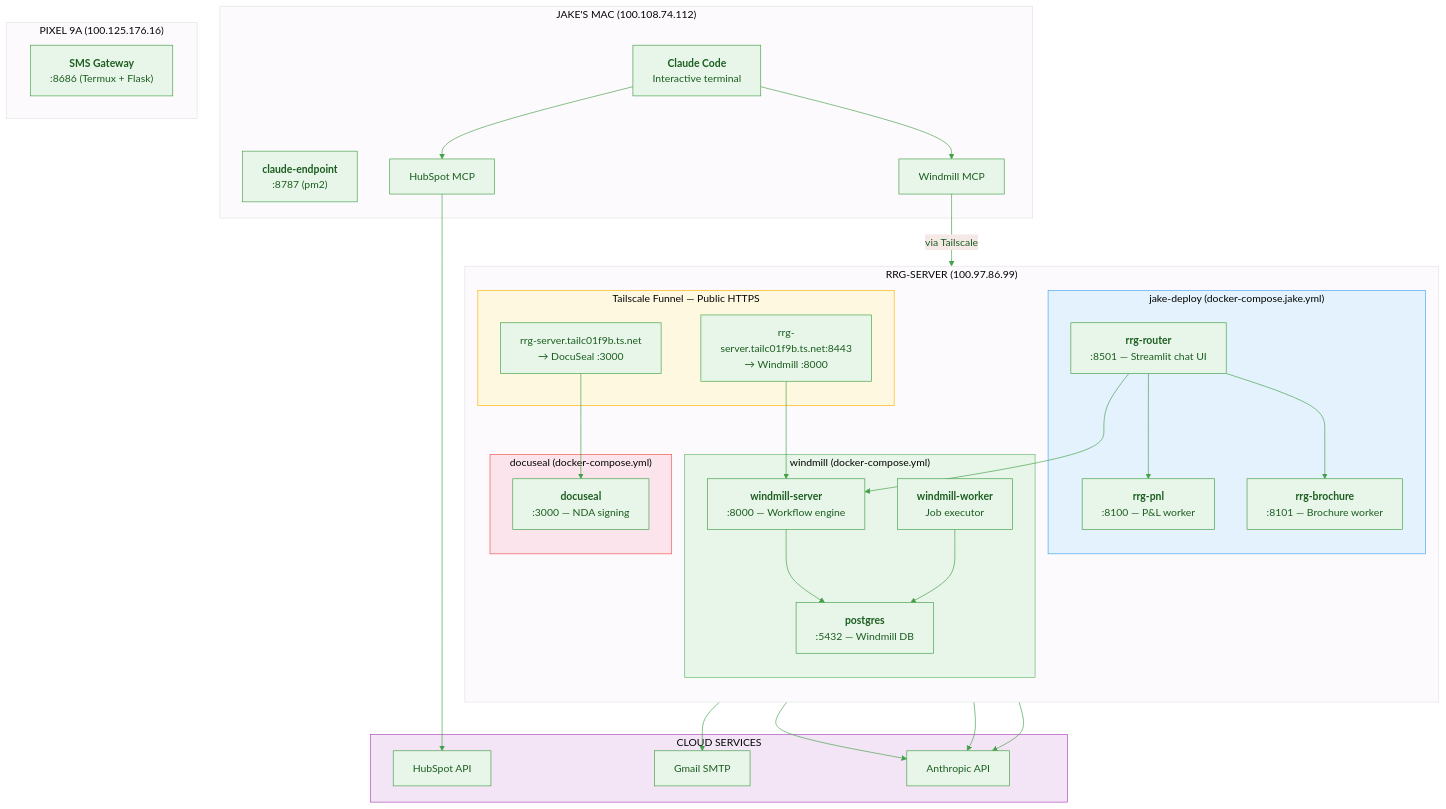
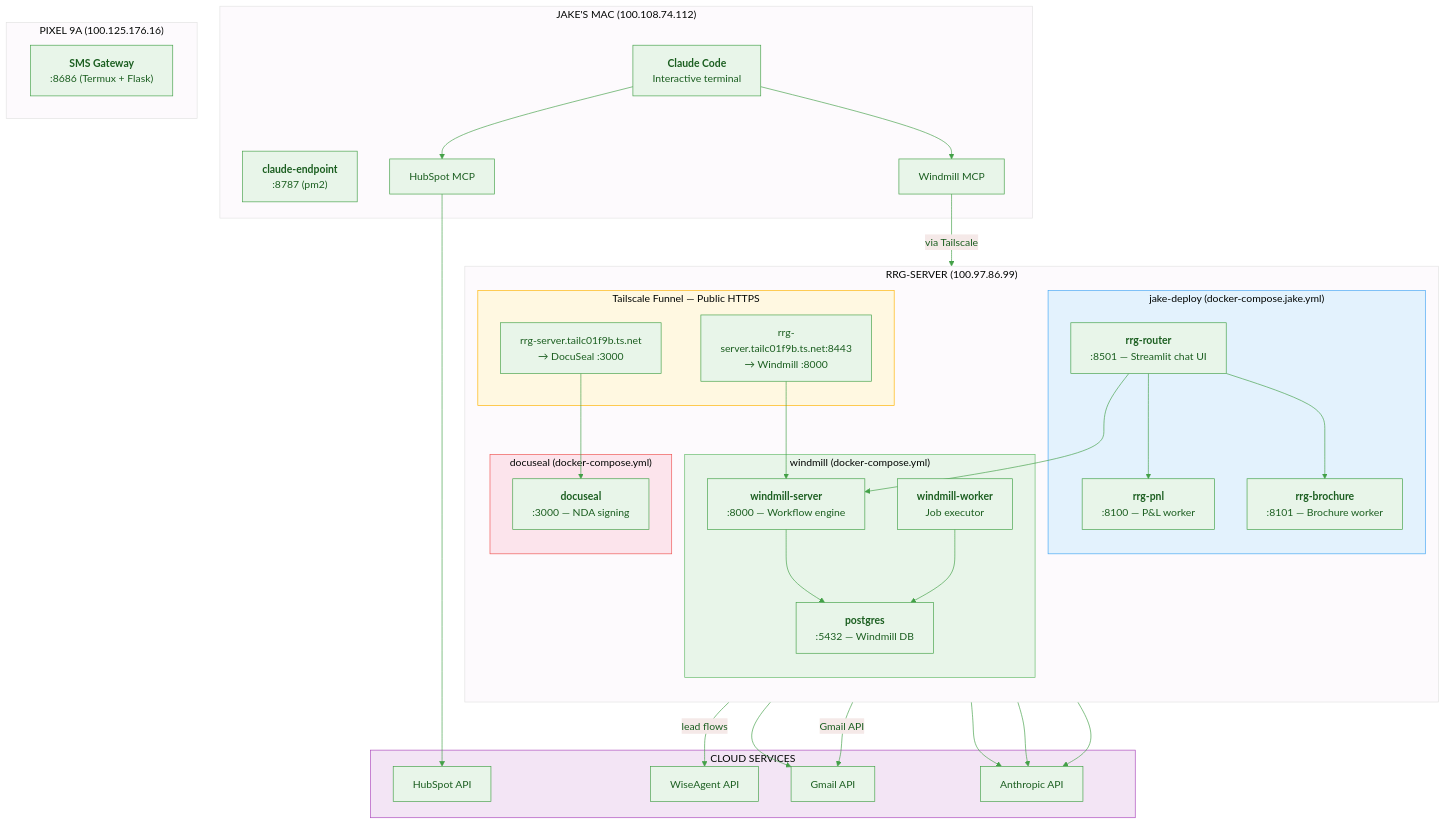
The second of 5 diagrams in docs/ARCHITECTURE.md (BeastofOne/rrg-server), drawn with Mermaid before and after one commit. The commit also changed other lines of this file and 12 other files, not shown here.

First line of the commit message:
Remove n8n references, fix HubSpot→WiseAgent in diagrams, delete outdated files

```diff
--- a/docs/ARCHITECTURE.md
+++ b/docs/ARCHITECTURE.md
@@ -98,7 +98,8 @@
 
     subgraph CLOUD["CLOUD SERVICES"]
         HUBSPOT["HubSpot API"]
-        GMAIL["Gmail SMTP"]
+        WISEAGENT["WiseAgent API"]
+        GMAIL["Gmail API"]
         ANTHROPIC["Anthropic API"]
     end
 
@@ -123,6 +124,10 @@
     %% DocuSeal → Gmail
     DOCUSEAL --> GMAIL
 
+    %% Windmill → external APIs
+    WM_WORKER -->|"lead flows"| WISEAGENT
+    WM_WORKER -->|"Gmail API"| GMAIL
+
     %% Claude CLI MCP connections
     CLAUDE_CLI --> MCP_HS
     CLAUDE_CLI --> MCP_WM
```
